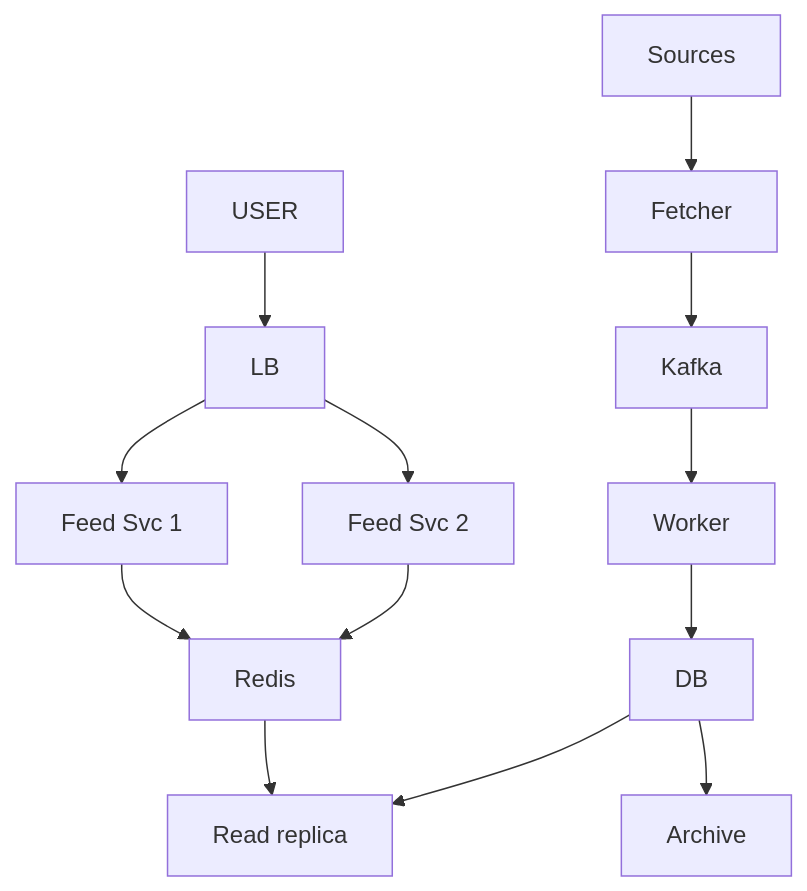
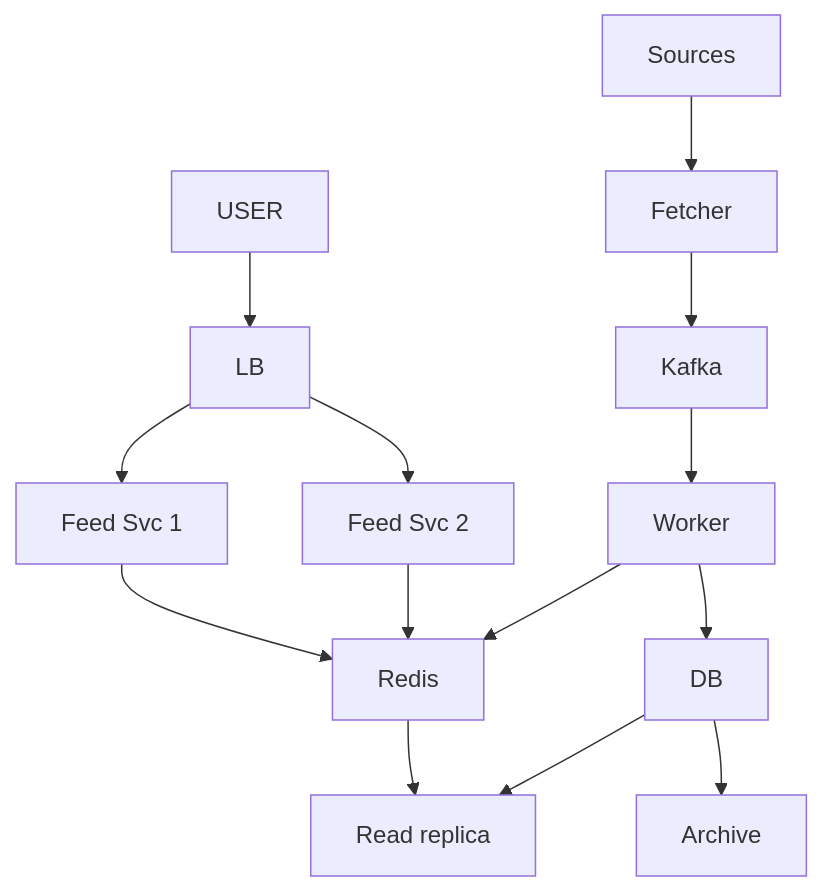
The eighth of 10 diagrams in 04_HLD/SYSTEM_DESIGNS/08_news_aggregator/08_news_aggregator_INTERVIEW.md (ArpanMaheshwari144/Prep), drawn with Mermaid before and after one commit. The commit also changed other lines of this file, not shown here.

Commit message:
News aggregator: diagram me Worker -> Redis (nayi news pe cache refresh, text me tha, tasveer me nahi)

````diff
--- a/04_HLD/SYSTEM_DESIGNS/08_news_aggregator/08_news_aggregator_INTERVIEW.md
+++ b/04_HLD/SYSTEM_DESIGNS/08_news_aggregator/08_news_aggregator_INTERVIEW.md
@@ -292,27 +297,28 @@
 ```mermaid
 flowchart TD
     n_USER["USER"]
     n_LB["LB"]
     n_Feed_Svc_x_N_1["Feed Svc 1"]
     n_Feed_Svc_x_N_2["Feed Svc 2"]
     n_Redis["Redis"]
     n_Read_replica["Read replica"]
     n_DB["DB"]
     n_Archive["Archive"]
     n_Worker["Worker"]
     n_Kafka["Kafka"]
     n_Fetcher["Fetcher"]
     n_Sources["Sources"]
     n_USER --> n_LB
     n_LB --> n_Feed_Svc_x_N_1
     n_LB --> n_Feed_Svc_x_N_2
     n_Feed_Svc_x_N_1 --> n_Redis
     n_Feed_Svc_x_N_2 --> n_Redis
     n_Redis --> n_Read_replica
     n_DB --> n_Read_replica
     n_DB --> n_Archive
     n_Worker --> n_DB
+    n_Worker --> n_Redis
     n_Kafka --> n_Worker
     n_Fetcher --> n_Kafka
     n_Sources --> n_Fetcher
 ```
````
